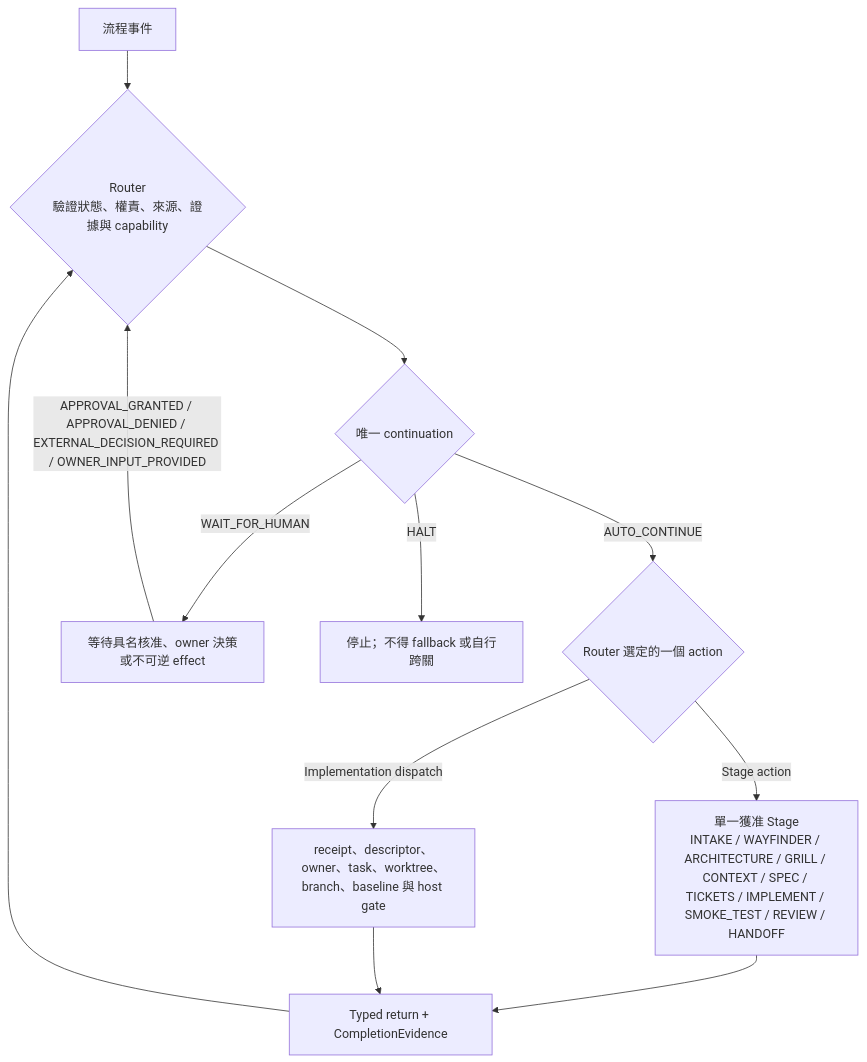
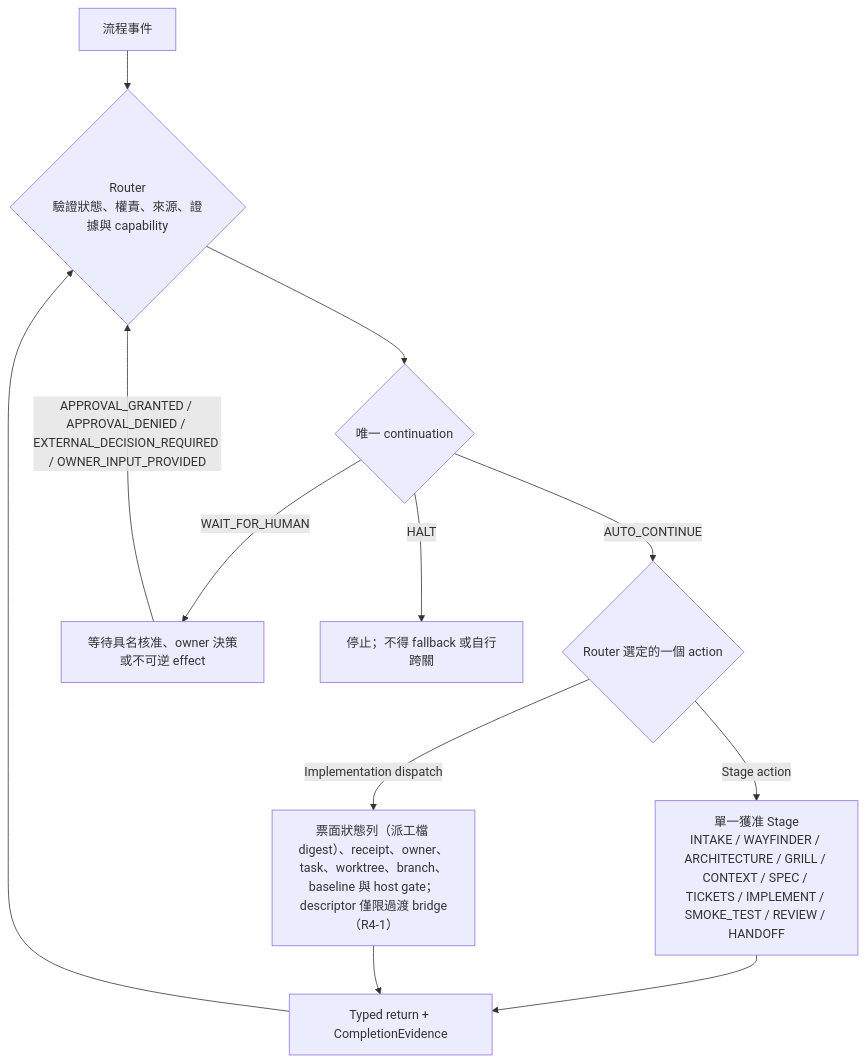
Before and after one commit to johnnyliu365-sys/Johnny_AI_Skill: the diagram in Workflow.md, drawn with Mermaid. The commit also changed 14 other files, not shown here.

````diff
--- a/Workflow.md
+++ b/Workflow.md
@@ -13,16 +13,16 @@
 ```mermaid
 flowchart TD
     E["流程事件"] --> R{"Router<br/>驗證狀態、權責、來源、證據與 capability"}
     R --> C{"唯一 continuation"}
     C -->|"AUTO_CONTINUE"| A{"Router 選定的一個 action"}
     C -->|"WAIT_FOR_HUMAN"| W["等待具名核准、owner 決策或不可逆 effect"]
     C -->|"HALT"| H["停止；不得 fallback 或自行跨關"]
 
     A -->|"Stage action"| S["單一獲准 Stage<br/>INTAKE / WAYFINDER / ARCHITECTURE / GRILL / CONTEXT / SPEC / TICKETS / IMPLEMENT / SMOKE_TEST / REVIEW / HANDOFF"]
-    A -->|"Implementation dispatch"| D["receipt、descriptor、owner、task、worktree、branch、baseline 與 host gate"]
+    A -->|"Implementation dispatch"| D["票面狀態列（派工檔 digest）、receipt、owner、task、worktree、branch、baseline 與 host gate；descriptor 僅限過渡 bridge（R4-1）"]
 
     S --> T["Typed return + CompletionEvidence"]
     D --> T
     T --> R
     W -->|"APPROVAL_GRANTED / APPROVAL_DENIED / EXTERNAL_DECISION_REQUIRED / OWNER_INPUT_PROVIDED"| R
 ```
````
